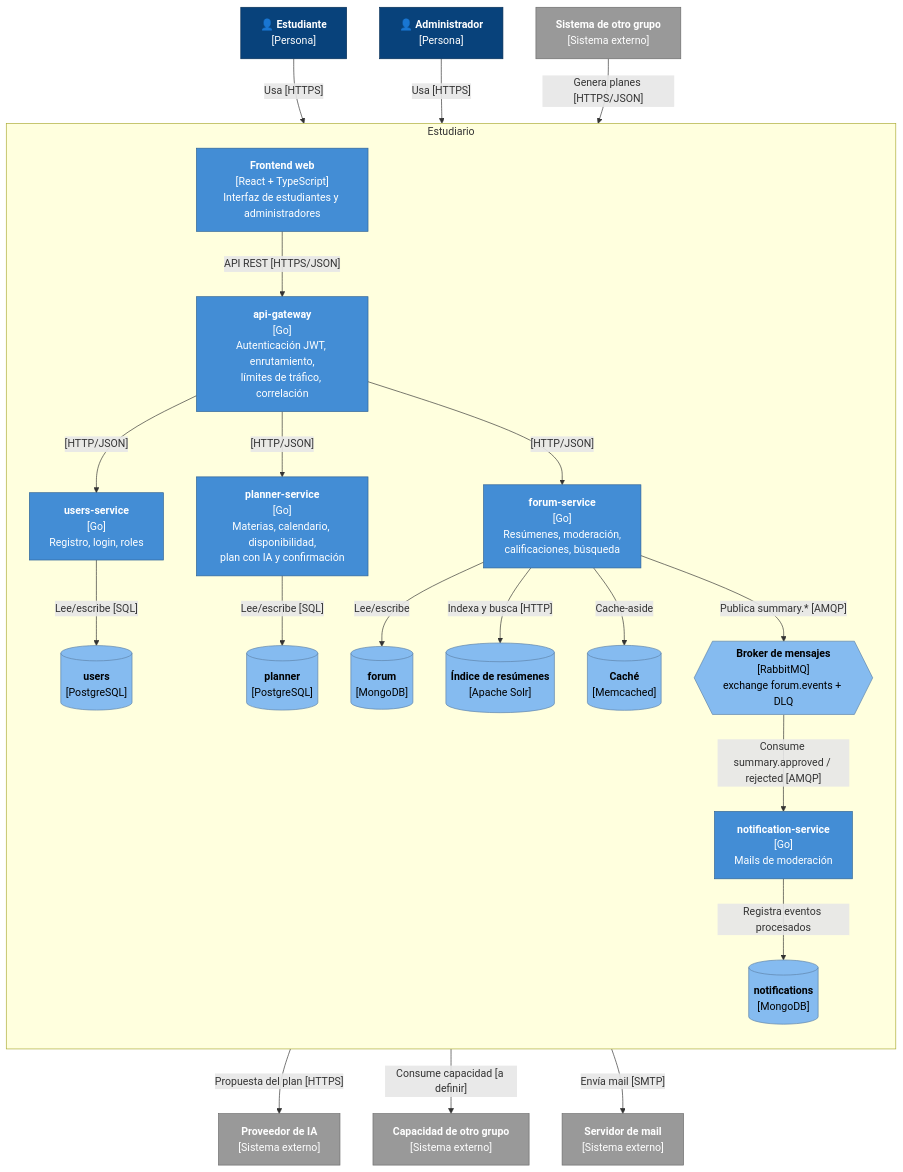
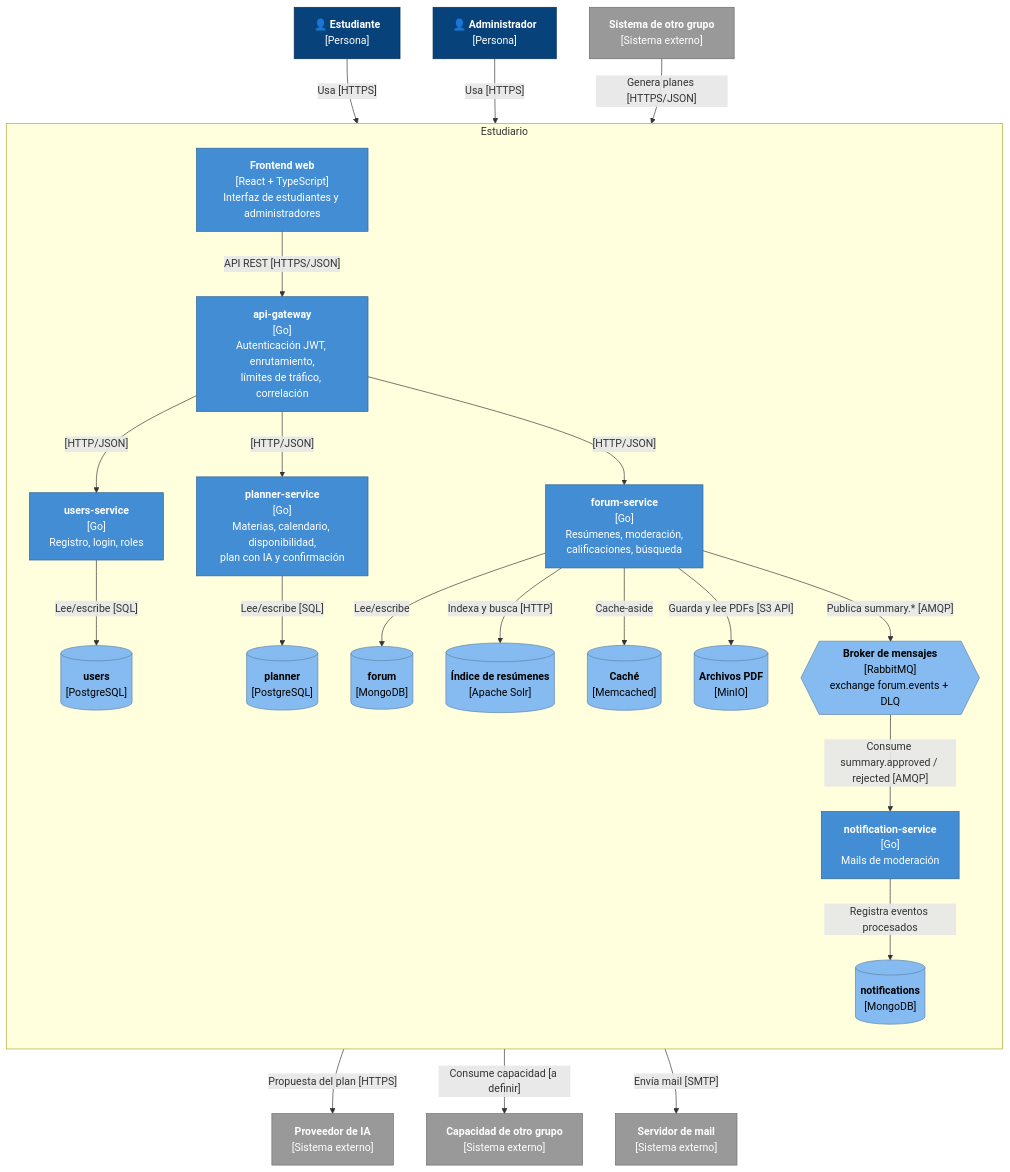
Before and after one commit to MichiSil/ProyectoEstudiario: the second of 2 diagrams in docs/ARCHITECTURE.md, drawn with Mermaid. The commit also changed other lines of this file and 1 other file, not shown here.

Commit message:
Incorporar MinIO para guardar los PDF de los resúmenes

````diff
--- a/docs/ARCHITECTURE.md
+++ b/docs/ARCHITECTURE.md
@@ -116,61 +117,63 @@
 ```mermaid
 flowchart TB
     estudiante["👤 <b>Estudiante</b><br/>[Persona]"]
     admin["👤 <b>Administrador</b><br/>[Persona]"]
 
     subgraph estudiario["Estudiario"]
         direction TB
         frontend["<b>Frontend web</b><br/>[React + TypeScript]<br/>Interfaz de estudiantes y administradores"]
         gateway["<b>api-gateway</b><br/>[Go]<br/>Autenticación JWT, enrutamiento,<br/>límites de tráfico, correlación"]
 
         users["<b>users-service</b><br/>[Go]<br/>Registro, login, roles"]
         planner["<b>planner-service</b><br/>[Go]<br/>Materias, calendario, disponibilidad,<br/>plan con IA y confirmación"]
         forum["<b>forum-service</b><br/>[Go]<br/>Resúmenes, moderación,<br/>calificaciones, búsqueda"]
         notification["<b>notification-service</b><br/>[Go]<br/>Mails de moderación"]
 
         usersDb[("<b>users</b><br/>[PostgreSQL]")]
         plannerDb[("<b>planner</b><br/>[PostgreSQL]")]
         forumDb[("<b>forum</b><br/>[MongoDB]")]
         notifDb[("<b>notifications</b><br/>[MongoDB]")]
         solr[("<b>Índice de resúmenes</b><br/>[Apache Solr]")]
         cache[("<b>Caché</b><br/>[Memcached]")]
+        files[("<b>Archivos PDF</b><br/>[MinIO]")]
         rabbit{{"<b>Broker de mensajes</b><br/>[RabbitMQ]<br/>exchange forum.events + DLQ"}}
     end
 
     ia["<b>Proveedor de IA</b><br/>[Sistema externo]"]
     mail["<b>Servidor de mail</b><br/>[Sistema externo]"]
     grupoConsumidor["<b>Sistema de otro grupo</b><br/>[Sistema externo]"]
     grupoProveedor["<b>Capacidad de otro grupo</b><br/>[Sistema externo]"]
 
     estudiante -- "Usa [HTTPS]" --> frontend
     admin -- "Usa [HTTPS]" --> frontend
     frontend -- "API REST [HTTPS/JSON]" --> gateway
 
     gateway -- "[HTTP/JSON]" --> users
     gateway -- "[HTTP/JSON]" --> planner
     gateway -- "[HTTP/JSON]" --> forum
 
     users -- "Lee/escribe [SQL]" --> usersDb
     planner -- "Lee/escribe [SQL]" --> plannerDb
     planner -- "Propuesta del plan [HTTPS]" --> ia
     planner -- "Consume capacidad [a definir]" --> grupoProveedor
     grupoConsumidor -- "Genera planes [HTTPS/JSON]" --> planner
 
     forum -- "Lee/escribe" --> forumDb
     forum -- "Indexa y busca [HTTP]" --> solr
     forum -- "Cache-aside" --> cache
+    forum -- "Guarda y lee PDFs [S3 API]" --> files
     forum -- "Publica summary.* [AMQP]" --> rabbit
 
     rabbit -- "Consume summary.approved / rejected [AMQP]" --> notification
     notification -- "Registra eventos procesados" --> notifDb
     notification -- "Envía mail [SMTP]" --> mail
 
     classDef person fill:#08427b,stroke:#052e56,color:#fff
     classDef container fill:#438dd5,stroke:#2e6295,color:#fff
     classDef store fill:#85bbf0,stroke:#5d82a8,color:#000
     classDef external fill:#999,stroke:#6b6b6b,color:#fff
     class estudiante,admin person
     class frontend,gateway,users,planner,forum,notification container
-    class usersDb,plannerDb,forumDb,notifDb,solr,cache,rabbit store
+    class usersDb,plannerDb,forumDb,notifDb,solr,cache,files,rabbit store
     class ia,mail,grupoConsumidor,grupoProveedor external
 ```
````
